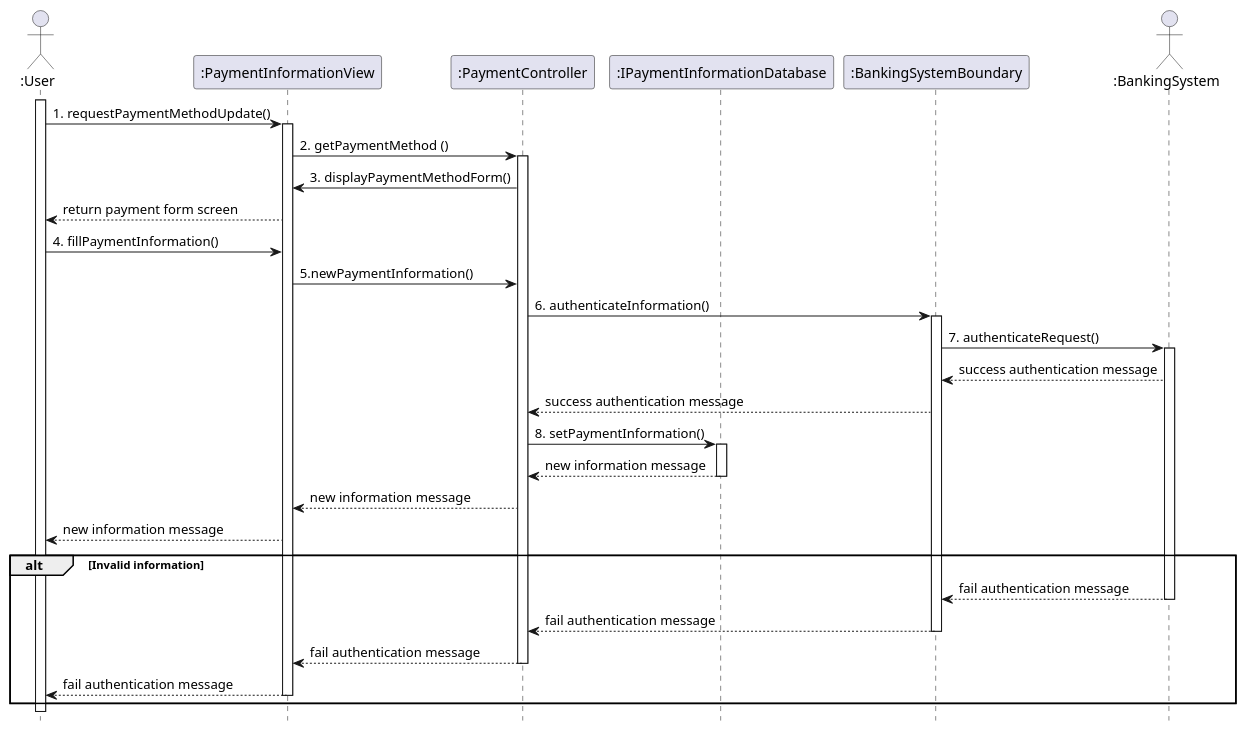
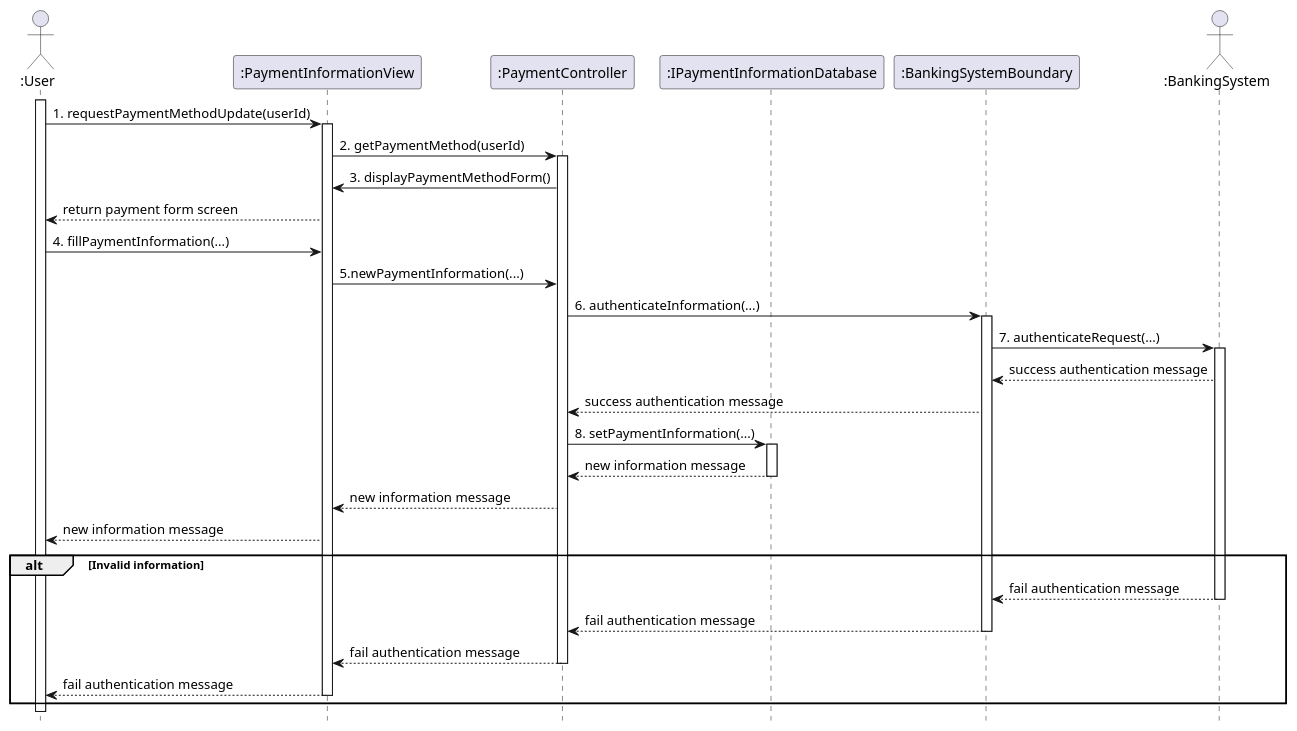
One commit to anhbanlinhle/velocity-exchange changed the diagram in uml/design/sequence/linh/update_payment_information.pu. Above: the diagram before and after it, drawn with PlantUML.

Commit message:
doc[lynn]: design sequence no. 4

```diff
--- a/uml/design/sequence/linh/update_payment_information.pu
+++ b/uml/design/sequence/linh/update_payment_information.pu
@@ -1,49 +1,49 @@
 @startuml UC_4
 hide footbox
 
 
 actor ":User" as User
 participant ":PaymentInformationView" as PaymentInformationView
 participant ":PaymentController" as PaymentController
 participant ":IPaymentInformationDatabase" as PaymentInformation
 participant ":BankingSystemBoundary" as BankingSystemBoundary
 actor ":BankingSystem" as BankingSystem
 
 User ++
-  User -> PaymentInformationView : 1. requestPaymentMethodUpdate()
+  User -> PaymentInformationView : 1. requestPaymentMethodUpdate(userId)
   activate PaymentInformationView
-    PaymentInformationView -> PaymentController : 2. getPaymentMethod ()
+    PaymentInformationView -> PaymentController : 2. getPaymentMethod(userId)
     activate PaymentController
       PaymentController -> PaymentInformationView: 3. displayPaymentMethodForm()
       PaymentInformationView --> User: return payment form screen
-  User -> PaymentInformationView: 4. fillPaymentInformation()
-    PaymentInformationView -> PaymentController: 5.newPaymentInformation()
-      PaymentController -> BankingSystemBoundary: 6. authenticateInformation()
+  User -> PaymentInformationView: 4. fillPaymentInformation(...)
+    PaymentInformationView -> PaymentController: 5.newPaymentInformation(...)
+      PaymentController -> BankingSystemBoundary: 6. authenticateInformation(...)
       activate BankingSystemBoundary
-        BankingSystemBoundary -> BankingSystem: 7. authenticateRequest()
+        BankingSystemBoundary -> BankingSystem: 7. authenticateRequest(...)
         activate BankingSystem
           BankingSystem --> BankingSystemBoundary: success authentication message
         BankingSystemBoundary --> PaymentController: success authentication message
-      PaymentController -> PaymentInformation: 8. setPaymentInformation()
+      PaymentController -> PaymentInformation: 8. setPaymentInformation(...)
       activate PaymentInformation
         PaymentInformation --> PaymentController: new information message
       deactivate PaymentInformation
       PaymentController --> PaymentInformationView: new information message
     PaymentInformationView --> User: new information message
 
 alt Invalid information
   
   BankingSystem --> BankingSystemBoundary: fail authentication message
   BankingSystem --
     BankingSystemBoundary --> PaymentController: fail authentication message
     
   deactivate BankingSystemBoundary
     PaymentController --> PaymentInformationView: fail authentication message
     
   deactivate PaymentController
     PaymentInformationView --> User: fail authentication message
     
   deactivate PaymentInformationView
 end
 
 @enduml
```
